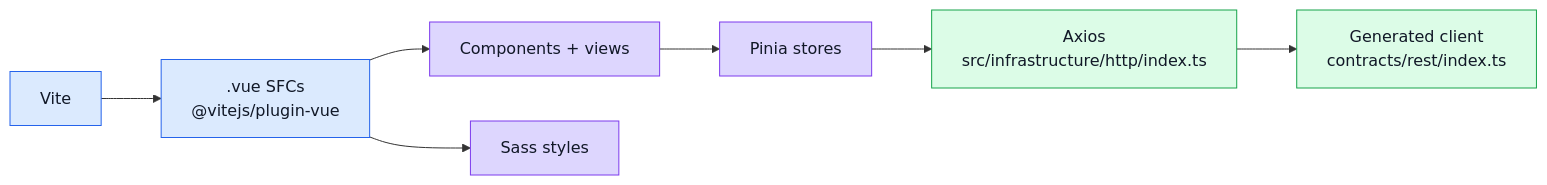
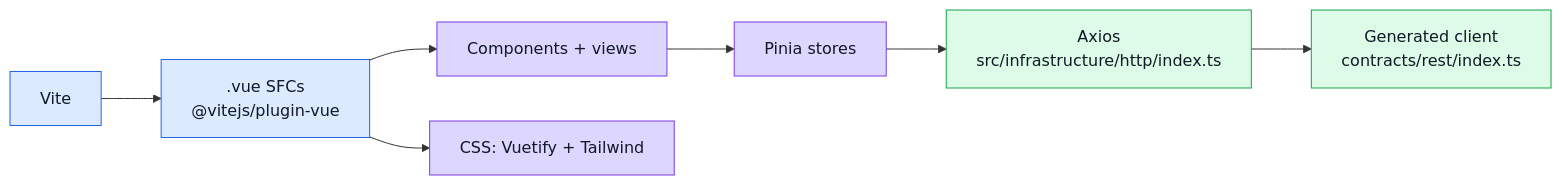
The diagram in docs/tools/runtime.md (Guebbit/boilerplate-vue-frontend), drawn with Mermaid before and after one commit. The commit also changed other lines of this file and 38 other files, not shown here.

````diff
--- a/docs/tools/runtime.md
+++ b/docs/tools/runtime.md
@@ -18,17 +17,17 @@
 ```mermaid
 %%{init: {'flowchart': {'nodeSpacing': 45, 'rankSpacing': 60}}}%%
 flowchart LR
     Vite --> SFC[".vue SFCs\n@vitejs/plugin-vue"]
     SFC --> Components[Components + views]
-    SFC --> Styles[Sass styles]
+    SFC --> Styles[CSS: Vuetify + Tailwind]
     Components --> Pinia[Pinia stores]
     Pinia --> Axios[Axios\nsrc/infrastructure/http/index.ts]
     Axios --> API[Generated client\ncontracts/rest/index.ts]
 
     classDef build fill:#dbeafe,stroke:#2563eb,color:#111827;
     classDef app fill:#ddd6fe,stroke:#7c3aed,color:#111827;
     classDef http fill:#dcfce7,stroke:#16a34a,color:#111827;
     class Vite,SFC build;
     class Components,Styles,Pinia app;
     class Axios,API http;
 ```
````
